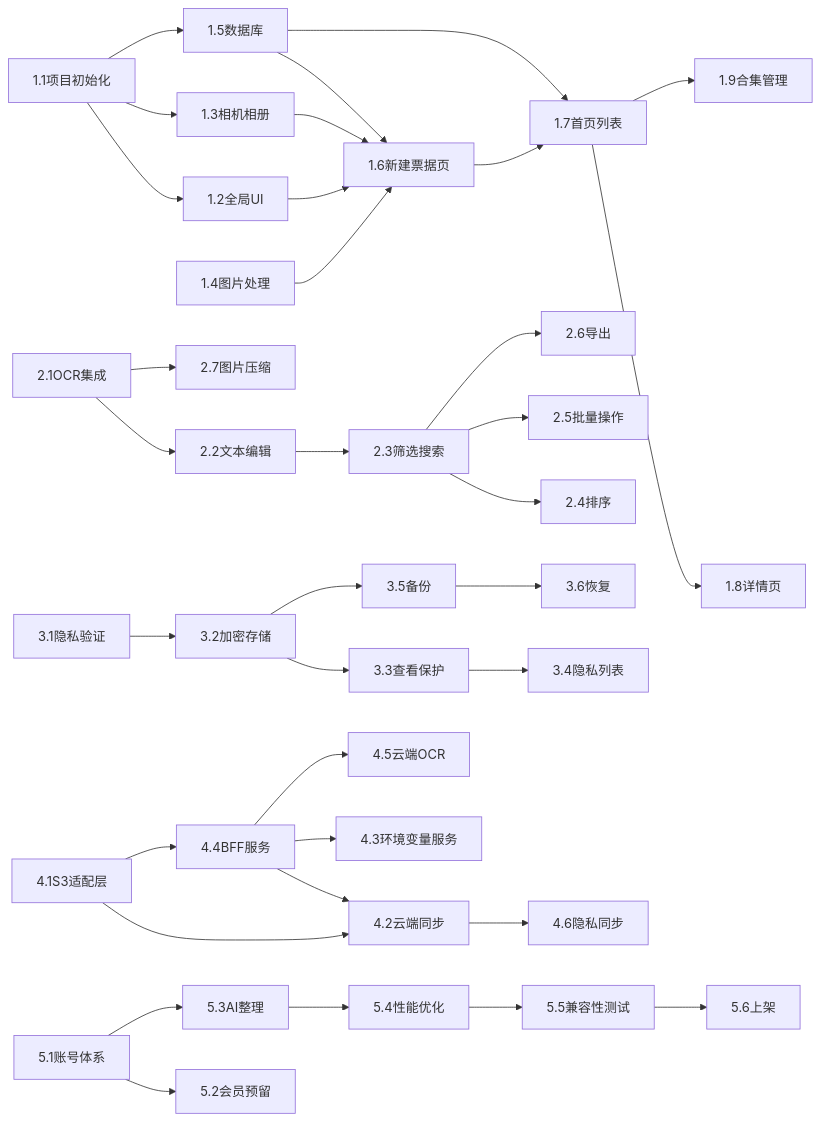
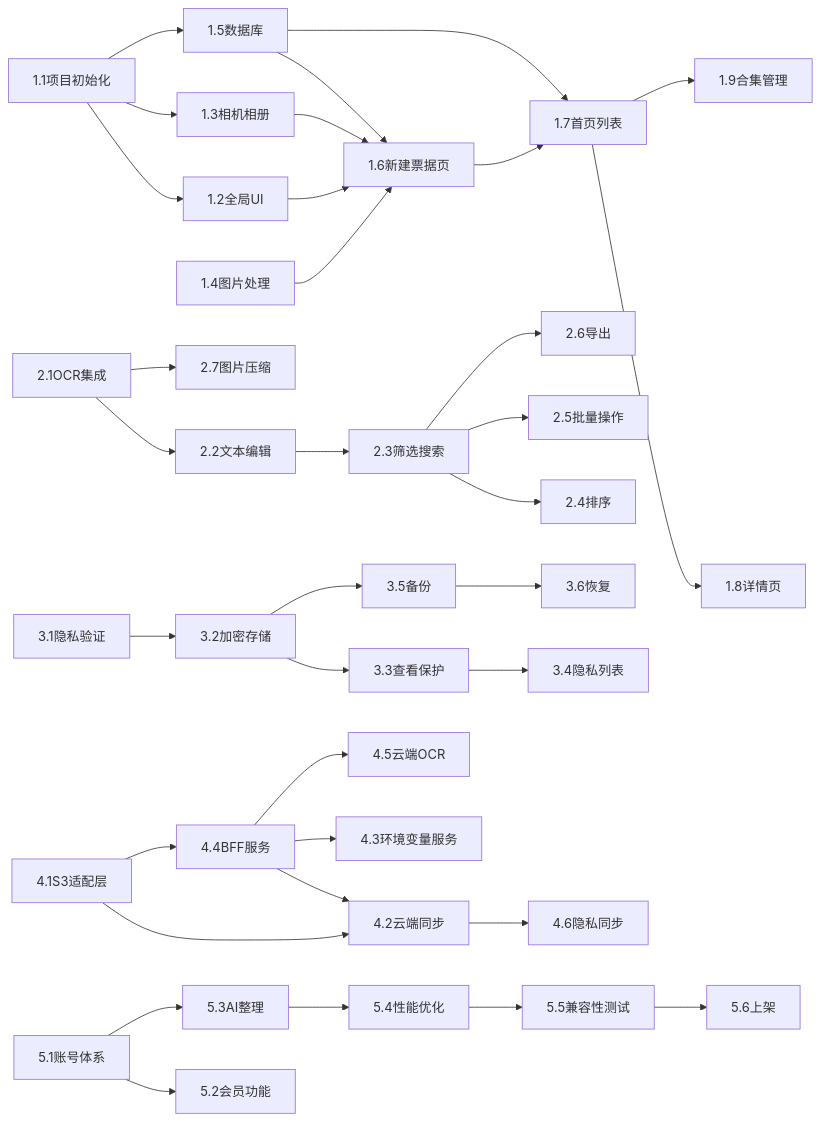
Before and after one commit to babydu/piaoju4.2: the diagram in .monkeycode/specs/ticket-vault/tasklist.md, drawn with Mermaid. The commit also changed other lines of this file and 2 other files, not shown here.

````diff
--- a/.monkeycode/specs/ticket-vault/tasklist.md
+++ b/.monkeycode/specs/ticket-vault/tasklist.md
@@ -324,40 +321,40 @@
 ```mermaid
 graph LR
     A1[1.1项目初始化] --> A2[1.2全局UI]
     A1 --> A3[1.3相机相册]
     A1 --> A5[1.5数据库]
     A2 --> A6[1.6新建票据页]
     A3 --> A6
     A5 --> A6
     A4[1.4图片处理] --> A6
     A6 --> A7[1.7首页列表]
     A5 --> A7
     A7 --> A8[1.8详情页]
     A7 --> A9[1.9合集管理]
     
     B1[2.1OCR集成] --> B2[2.2文本编辑]
     B2 --> B3[2.3筛选搜索]
     B1 --> B7[2.7图片压缩]
     B3 --> B4[2.4排序]
     B3 --> B5[2.5批量操作]
     B3 --> B6[2.6导出]
     
     C1[3.1隐私验证] --> C2[3.2加密存储]
     C2 --> C3[3.3查看保护]
     C3 --> C4[3.4隐私列表]
     C2 --> C5[3.5备份]
     C5 --> C6[3.6恢复]
     
     D1[4.1S3适配层] --> D2[4.2云端同步]
     D1 --> D4[4.4BFF服务]
     D4 --> D2
     D4 --> D3[4.3环境变量服务]
     D4 --> D5[4.5云端OCR]
     D2 --> D6[4.6隐私同步]
     
-    E1[5.1账号体系] --> E2[5.2会员预留]
+    E1[5.1账号体系] --> E2[5.2会员功能]
     E1 --> E3[5.3AI整理]
     E3 --> E4[5.4性能优化]
     E4 --> E5[5.5兼容性测试]
     E5 --> E6[5.6上架]
 ```
````
